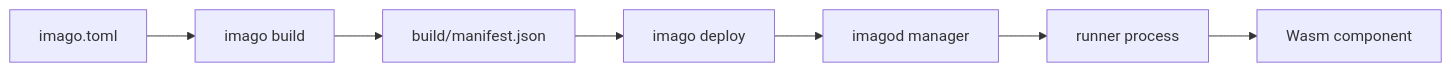
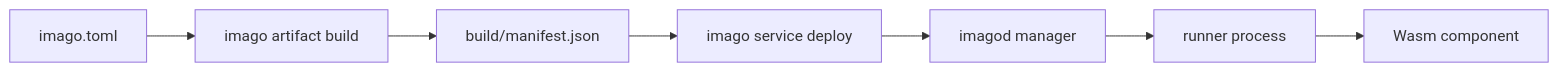
Before and after one commit to yieldspace/imago: the diagram in docs/README.md, drawn with Mermaid. The commit also changed 12 other files, not shown here.

````diff
--- a/docs/README.md
+++ b/docs/README.md
@@ -13,9 +13,9 @@
 ```mermaid
 flowchart LR
-    A["imago.toml"] --> B["imago build"]
+    A["imago.toml"] --> B["imago artifact build"]
     B --> C["build/manifest.json"]
-    C --> D["imago deploy"]
+    C --> D["imago service deploy"]
     D --> E["imagod manager"]
     E --> F["runner process"]
     F --> G["Wasm component"]
 ```
````
